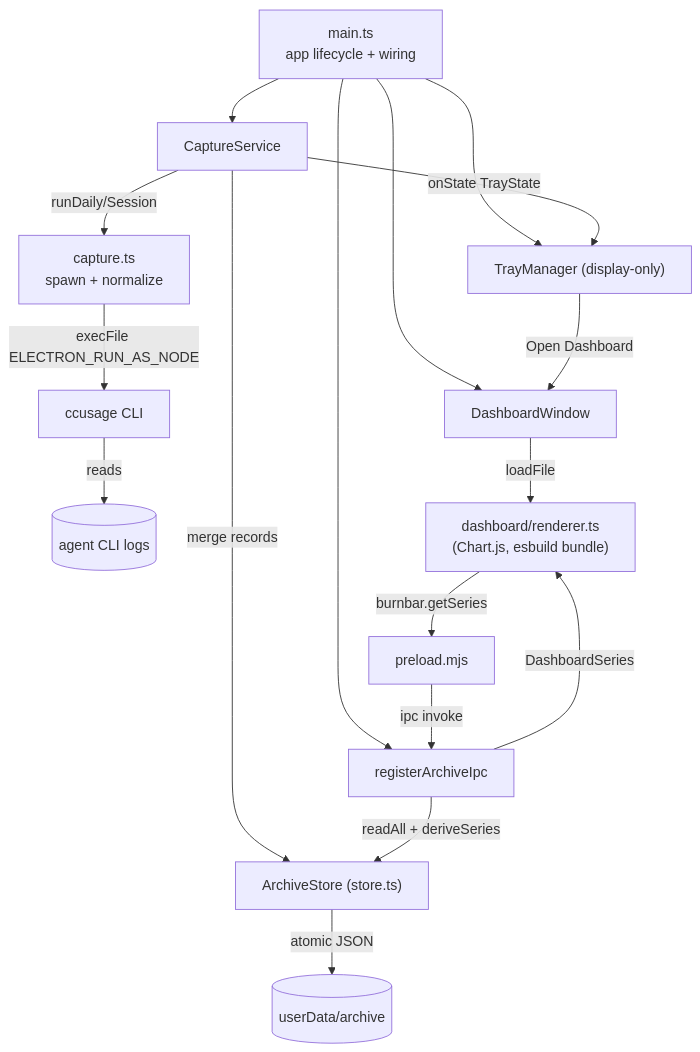
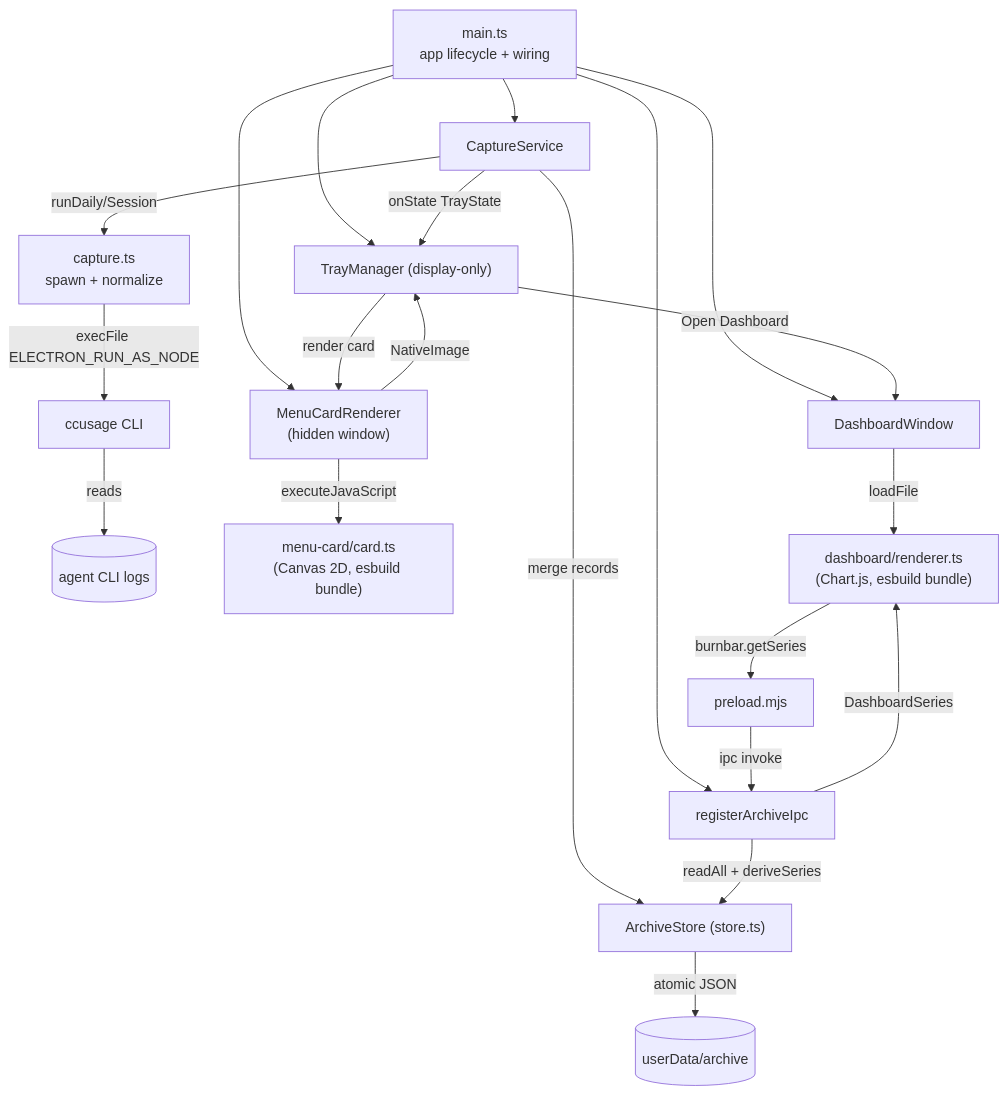
Before and after one commit to tangentlin/burnbar: the first of 2 diagrams in docs/ARCHITECTURE.md, drawn with Mermaid. The commit also changed other lines of this file and 27 other files, not shown here.

First line of the commit message:
feat: rich menu-bar stats card, row icons, and About link

````diff
--- a/docs/ARCHITECTURE.md
+++ b/docs/ARCHITECTURE.md
@@ -19,19 +20,23 @@
 ```mermaid
 flowchart TD
     main["main.ts<br/>app lifecycle + wiring"] --> svc["CaptureService"]
     main --> tray["TrayManager (display-only)"]
+    main --> card["MenuCardRenderer<br/>(hidden window)"]
     main --> ipc["registerArchiveIpc"]
     main --> win["DashboardWindow"]
     svc -->|runDaily/Session| capture["capture.ts<br/>spawn + normalize"]
     capture -->|execFile ELECTRON_RUN_AS_NODE| ccusage["ccusage CLI"]
     ccusage -->|reads| logs[("agent CLI logs")]
     svc -->|onState TrayState| tray
     svc -->|merge records| store["ArchiveStore (store.ts)"]
     store -->|atomic JSON| archive[("userData/archive")]
+    tray -->|render card| card
+    card -->|executeJavaScript| cardr["menu-card/card.ts<br/>(Canvas 2D, esbuild bundle)"]
+    card -->|NativeImage| tray
     tray -->|Open Dashboard| win
     win -->|loadFile| renderer["dashboard/renderer.ts<br/>(Chart.js, esbuild bundle)"]
     renderer -->|burnbar.getSeries| preload["preload.mjs"]
     preload -->|ipc invoke| ipc
     ipc -->|readAll + deriveSeries| store
     ipc -->|DashboardSeries| renderer
 ```
````
